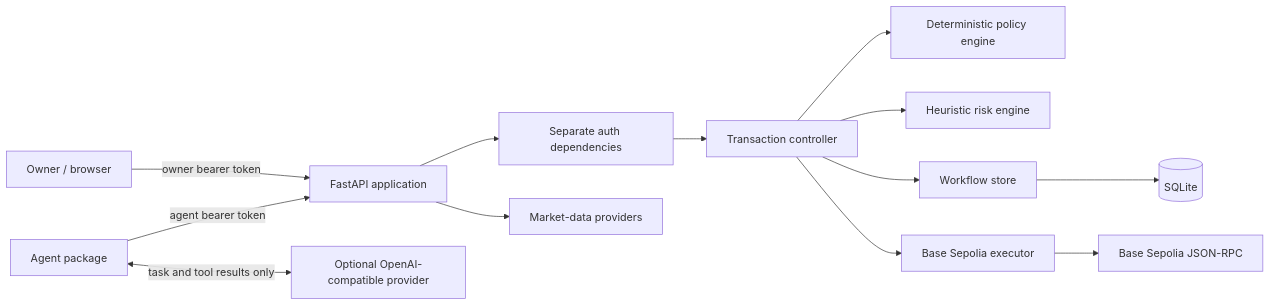
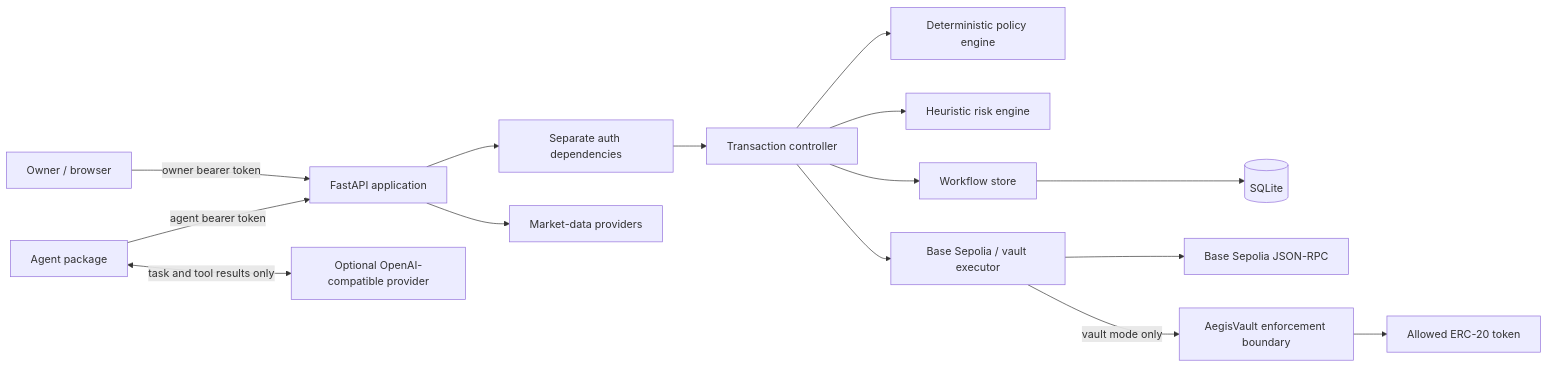
One commit to NEXE-sudo/aegis-agent-wallet changed the diagram in docs/technical-document.md. Above: the diagram before and after it, drawn with Mermaid. The commit also changed other lines of this file and 5 other files, not shown here.

````diff
--- a/docs/technical-document.md
+++ b/docs/technical-document.md
@@ -22,15 +24,17 @@
 ```mermaid
 flowchart LR
     Human[Owner / browser] -->|owner bearer token| API[FastAPI application]
     Agent[Agent package] -->|agent bearer token| API
     Agent <-->|task and tool results only| LLM[Optional OpenAI-compatible provider]
     API --> Auth[Separate auth dependencies]
     Auth --> Controller[Transaction controller]
     Controller --> Policy[Deterministic policy engine]
     Controller --> Risk[Heuristic risk engine]
     Controller --> Store[Workflow store]
     Store --> DB[(SQLite)]
-    Controller --> Executor[Base Sepolia executor]
+    Controller --> Executor[Base Sepolia / vault executor]
     Executor --> RPC[Base Sepolia JSON-RPC]
+    Executor -->|vault mode only| Vault[AegisVault enforcement boundary]
+    Vault --> Token[Allowed ERC-20 token]
     API --> Market[Market-data providers]
 ```
````
